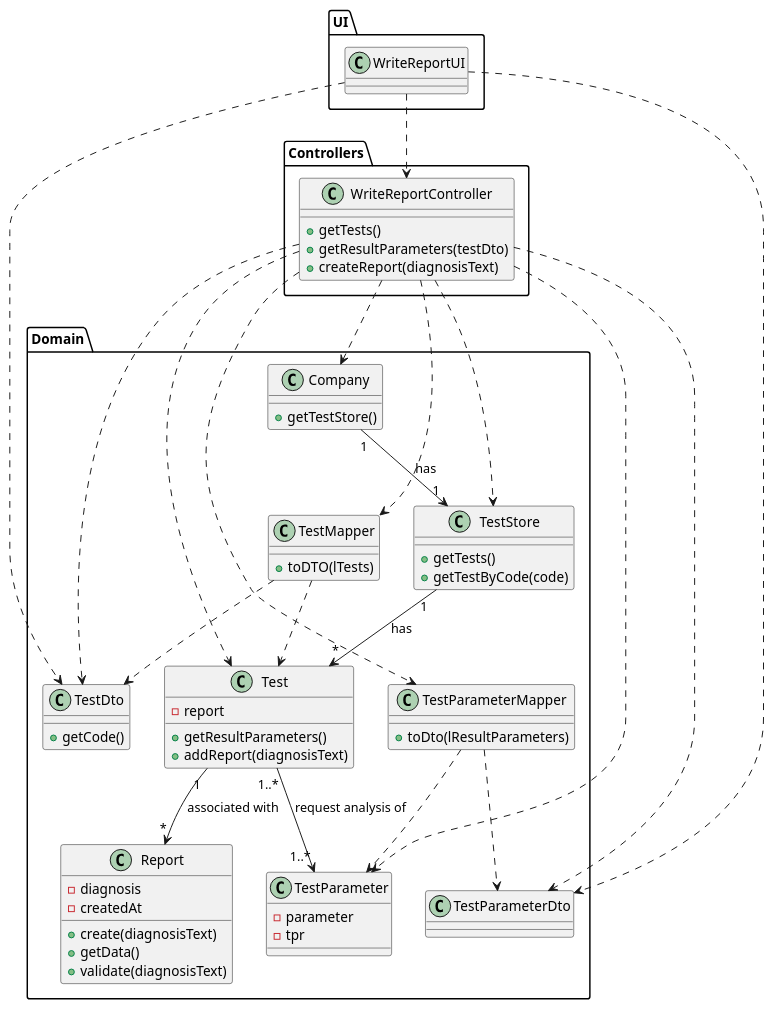
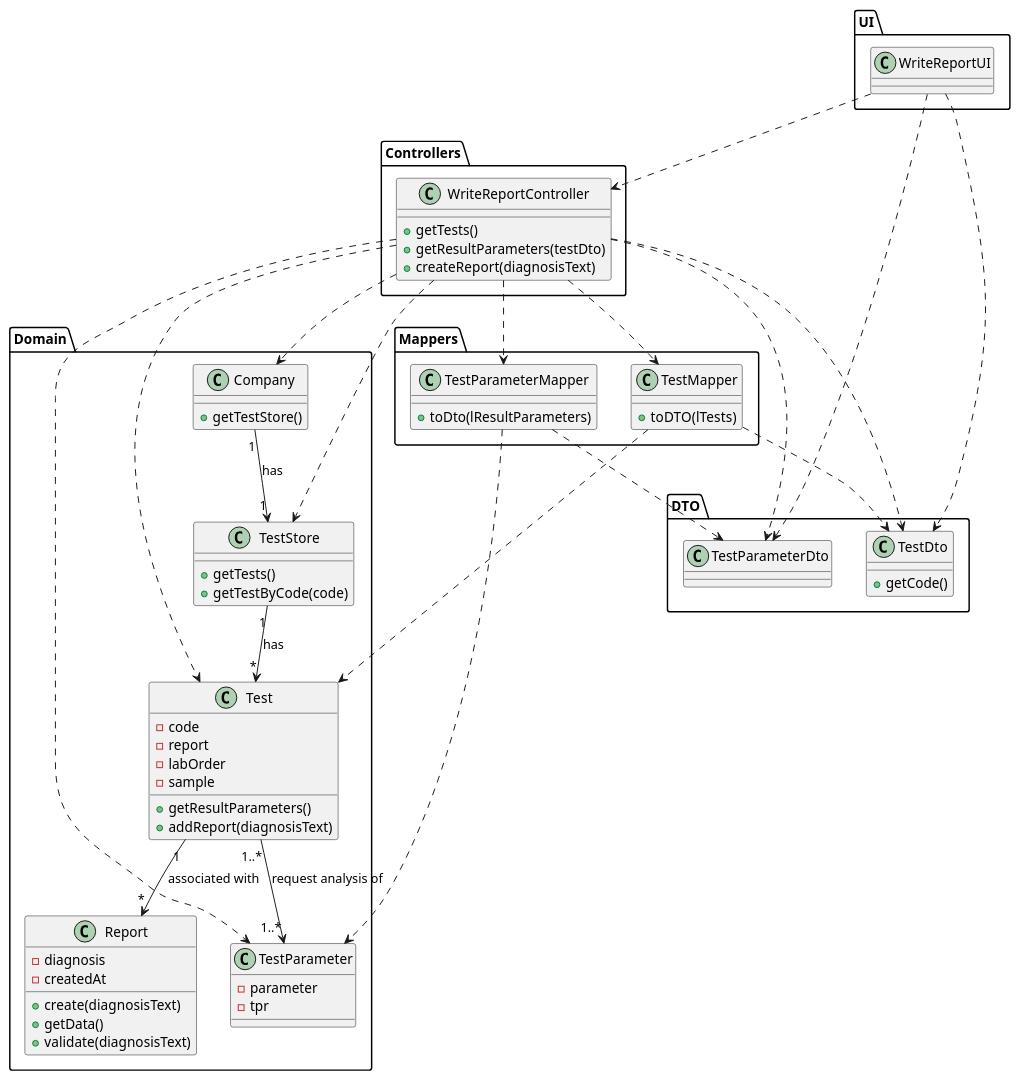
Before and after one commit to Pedromaia26/LAPR2-ISEP: the diagram in docs/SprintC/US14_MakeDiagnosisWriteReport/US014_CD.puml, drawn with PlantUML. The commit also changed 2 other files, not shown here.

```diff
--- a/docs/SprintC/US14_MakeDiagnosisWriteReport/US014_CD.puml
+++ b/docs/SprintC/US14_MakeDiagnosisWriteReport/US014_CD.puml
@@ -1,68 +1,75 @@
 @startuml
 package UI{
     Class WriteReportUI
 }
 package Controllers{
     Class WriteReportController
 }
 package Domain{
+    Class Company
+    Class Test
+    Class TestStore
+    Class Report
+    Class TestParameter
+}
+package DTO{
     Class TestDto
     Class TestParameterDto
-    Class Company
+    Class TestParameterDto
+}
+package Mappers{
     Class TestParameterMapper
-    Class TestParameter
-    Class Test
     Class TestMapper
-    Class TestStore
-    Class TestParameterDto
-    Class Report
 }
 WriteReportUI ..> WriteReportController
 WriteReportUI ..> TestDto
 WriteReportUI ..> TestParameterDto
 WriteReportController..>Company
 WriteReportController..>TestParameterMapper
 WriteReportController..>TestParameter
 WriteReportController..>Test
 WriteReportController..>TestDto
 WriteReportController..>TestMapper
 WriteReportController..>TestStore
 WriteReportController..>TestParameterDto
 
 WriteReportController : +getTests()
 WriteReportController : +getResultParameters(testDto)
 WriteReportController : +createReport(diagnosisText)
 
 Company : +getTestStore()
 Company"1" --> "1"TestStore: has
 
 TestStore : +getTests()
 TestStore : +getTestByCode(code)
 TestStore"1" --> "*"Test: has
 
 TestMapper : +toDTO(lTests)
 TestMapper..>Test
 TestMapper..>TestDto
 
 TestDto : +getCode()
 
 Test : +getResultParameters()
 Test : +addReport(diagnosisText)
+Test : -code
 Test : -report
+Test : -labOrder
+Test : -sample
 
 Test"1" --> "*"Report : associated with
 Test"1..*" --> "1..*"TestParameter: request analysis of
 
 TestParameterMapper : +toDto(lResultParameters)
 TestParameterMapper..>TestParameter
 TestParameterMapper..>TestParameterDto
 
 TestParameter : -parameter
 TestParameter : -tpr
 
 Report : +create(diagnosisText)
 Report : +getData()
 Report : +validate(diagnosisText)
 Report : -diagnosis
 Report : -createdAt
 @enduml
```
